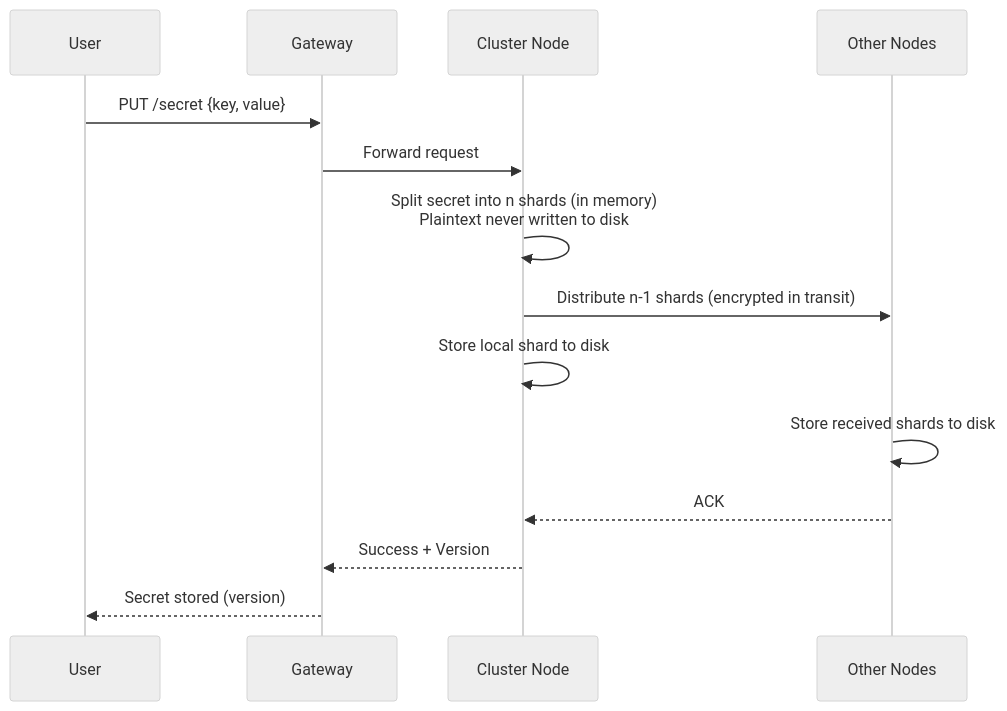
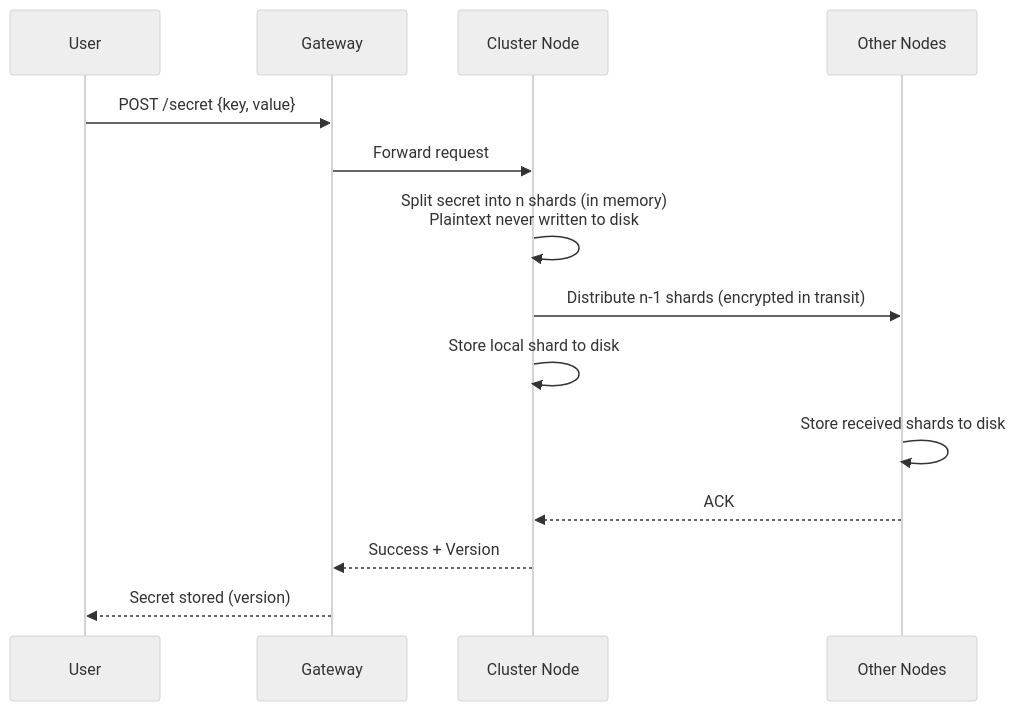
One commit to S26-Distributed-Capstone/DistributedSecretsVault changed the second of 6 diagrams in docs/architecture.md. Above: the diagram before and after it, drawn with Mermaid (neutral theme). The commit also changed other lines of this file, not shown here.

Commit message:
Changed put to post for creating new secret

````diff
--- a/docs/architecture.md
+++ b/docs/architecture.md
@@ -45,17 +45,17 @@
 ```mermaid
 sequenceDiagram
     participant User
     participant Gateway
     participant Node as Cluster Node
     participant Cluster as Other Nodes
 
-    User->>Gateway: PUT /secret {key, value}
+    User->>Gateway: POST /secret {key, value}
     Gateway->>Node: Forward request
     Node->>Node: Split secret into n shards (in memory)<br/>Plaintext never written to disk
     Node->>Cluster: Distribute n-1 shards (encrypted in transit)
     Node->>Node: Store local shard to disk
     Cluster->>Cluster: Store received shards to disk
     Cluster-->>Node: ACK
     Node-->>Gateway: Success + Version
     Gateway-->>User: Secret stored (version)
 ```
````
